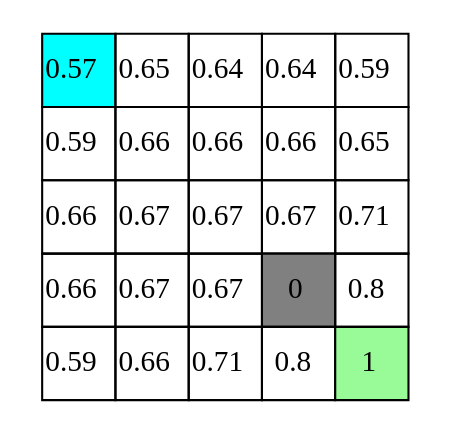
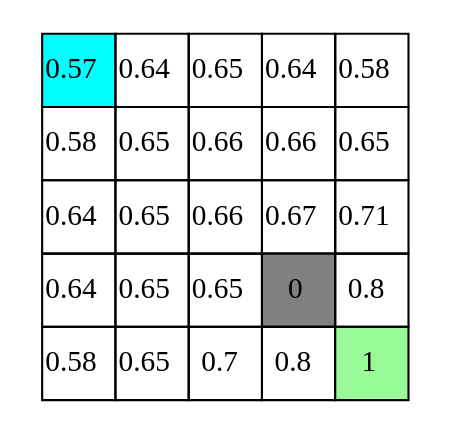
The diagram in mdp/Nav_5_5_folder/Nav_RTDP_5_5_ValuePr.dot (Milton761/MaxProb), drawn with Graphviz before and after one commit. The commit also changed 32 other files, not shown here.

```diff
--- a/mdp/Nav_5_5_folder/Nav_RTDP_5_5_ValuePr.dot
+++ b/mdp/Nav_5_5_folder/Nav_RTDP_5_5_ValuePr.dot
@@ -1,41 +1,41 @@
 digraph G
 {
 node [shape=plaintext]
 a[label=<<TABLE BORDER="0" CELLBORDER="1" CELLSPACING="0">
 <TR>
 <TD width="35" height="35" fixedsize="true" BGCOLOR="cyan">0.57</TD>
+<TD width="35" height="35" fixedsize="true">0.64</TD>
 <TD width="35" height="35" fixedsize="true">0.65</TD>
 <TD width="35" height="35" fixedsize="true">0.64</TD>
-<TD width="35" height="35" fixedsize="true">0.64</TD>
-<TD width="35" height="35" fixedsize="true">0.59</TD>
+<TD width="35" height="35" fixedsize="true">0.58</TD>
 </TR>
 <TR>
-<TD width="35" height="35" fixedsize="true">0.59</TD>
-<TD width="35" height="35" fixedsize="true">0.66</TD>
+<TD width="35" height="35" fixedsize="true">0.58</TD>
+<TD width="35" height="35" fixedsize="true">0.65</TD>
 <TD width="35" height="35" fixedsize="true">0.66</TD>
 <TD width="35" height="35" fixedsize="true">0.66</TD>
 <TD width="35" height="35" fixedsize="true">0.65</TD>
 </TR>
 <TR>
+<TD width="35" height="35" fixedsize="true">0.64</TD>
+<TD width="35" height="35" fixedsize="true">0.65</TD>
 <TD width="35" height="35" fixedsize="true">0.66</TD>
-<TD width="35" height="35" fixedsize="true">0.67</TD>
-<TD width="35" height="35" fixedsize="true">0.67</TD>
 <TD width="35" height="35" fixedsize="true">0.67</TD>
 <TD width="35" height="35" fixedsize="true">0.71</TD>
 </TR>
 <TR>
-<TD width="35" height="35" fixedsize="true">0.66</TD>
-<TD width="35" height="35" fixedsize="true">0.67</TD>
-<TD width="35" height="35" fixedsize="true">0.67</TD>
+<TD width="35" height="35" fixedsize="true">0.64</TD>
+<TD width="35" height="35" fixedsize="true">0.65</TD>
+<TD width="35" height="35" fixedsize="true">0.65</TD>
 <TD width="35" height="35" fixedsize="true" BGCOLOR="gray">0</TD>
 <TD width="35" height="35" fixedsize="true">0.8</TD>
 </TR>
 <TR>
-<TD width="35" height="35" fixedsize="true">0.59</TD>
-<TD width="35" height="35" fixedsize="true">0.66</TD>
-<TD width="35" height="35" fixedsize="true">0.71</TD>
+<TD width="35" height="35" fixedsize="true">0.58</TD>
+<TD width="35" height="35" fixedsize="true">0.65</TD>
+<TD width="35" height="35" fixedsize="true">0.7</TD>
 <TD width="35" height="35" fixedsize="true">0.8</TD>
 <TD width="35" height="35" fixedsize="true" BGCOLOR="palegreen">1</TD>
 </TR>
  </TABLE>>];
 }
```
